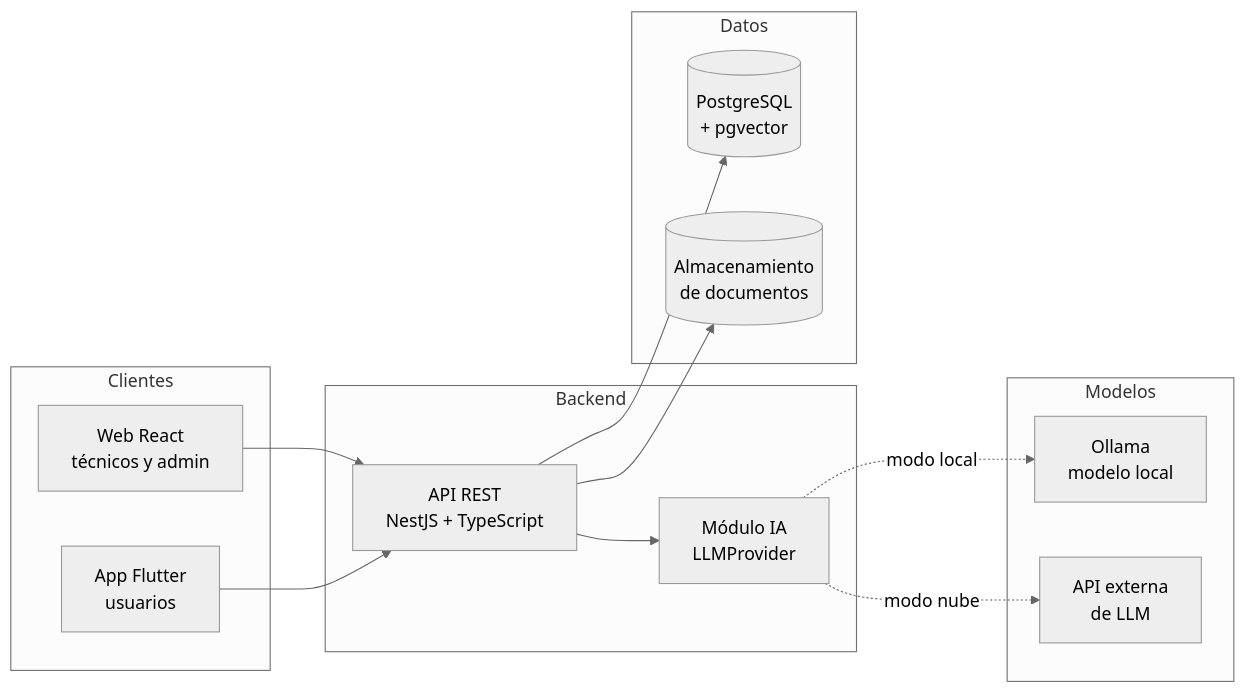
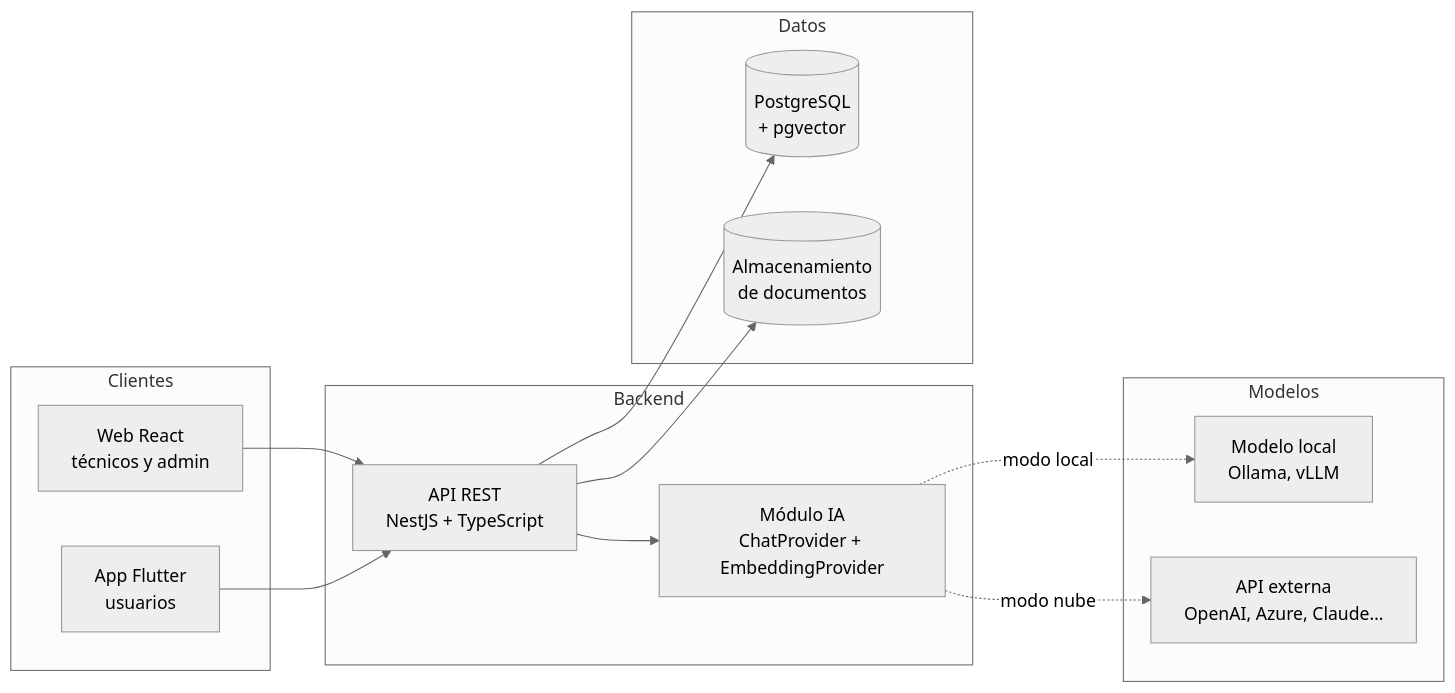
One commit to WokerJJ/resolvia changed the diagram in README.md. Above: the diagram before and after it, drawn with Mermaid (neutral theme). The commit also changed other lines of this file and 4 other files, not shown here.

First line of the commit message:
docs: ajustar roadmap y plan a la IA agnóstica al proveedor

````diff
--- a/README.md
+++ b/README.md
@@ -46,30 +46,30 @@
 ```mermaid
 flowchart LR
     subgraph Clientes
         W[Web React<br/>técnicos y admin]
         M[App Flutter<br/>usuarios]
     end
 
     subgraph Backend
         API[API REST<br/>NestJS + TypeScript]
-        AI[Módulo IA<br/>LLMProvider]
+        AI[Módulo IA<br/>ChatProvider + EmbeddingProvider]
     end
 
     subgraph Datos
         DB[(PostgreSQL<br/>+ pgvector)]
         S3[(Almacenamiento<br/>de documentos)]
     end
 
     subgraph Modelos
-        OL[Ollama<br/>modelo local]
-        EXT[API externa<br/>de LLM]
+        OL[Modelo local<br/>Ollama, vLLM]
+        EXT[API externa<br/>OpenAI, Azure, Claude…]
     end
 
     W --> API
     M --> API
     API --> DB
     API --> S3
     API --> AI
     AI -.modo local.-> OL
     AI -.modo nube.-> EXT
 ```
````
